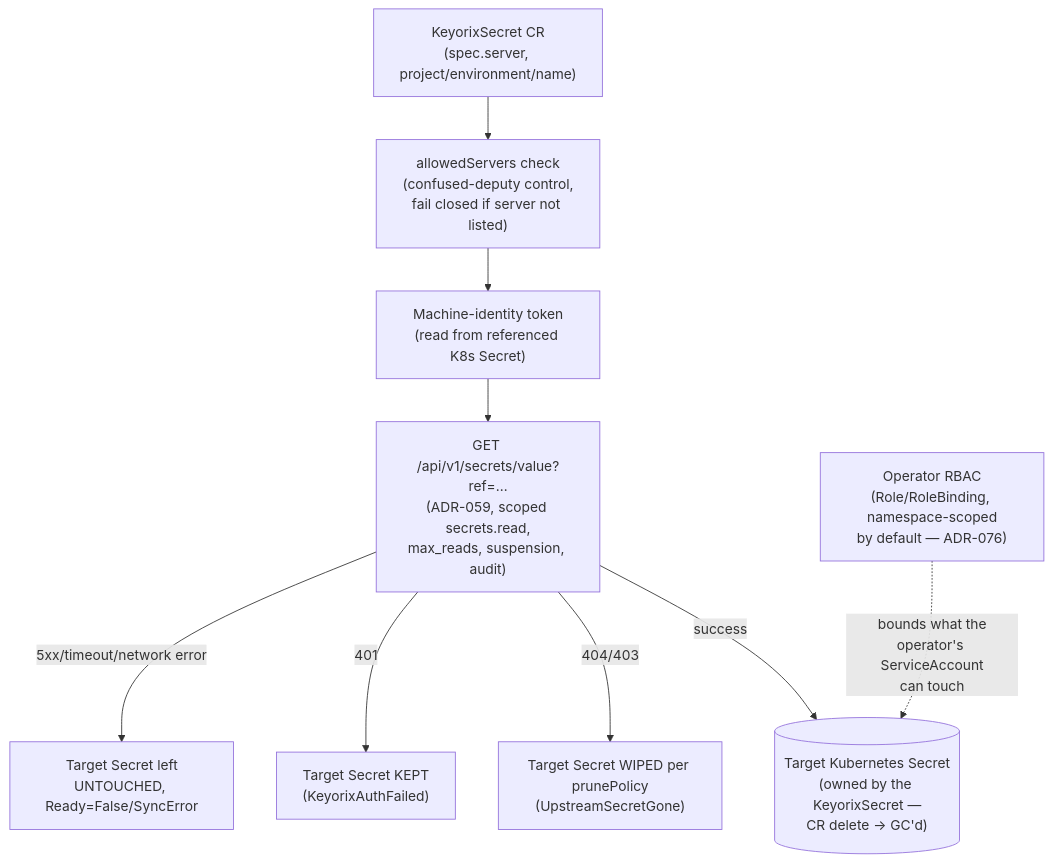
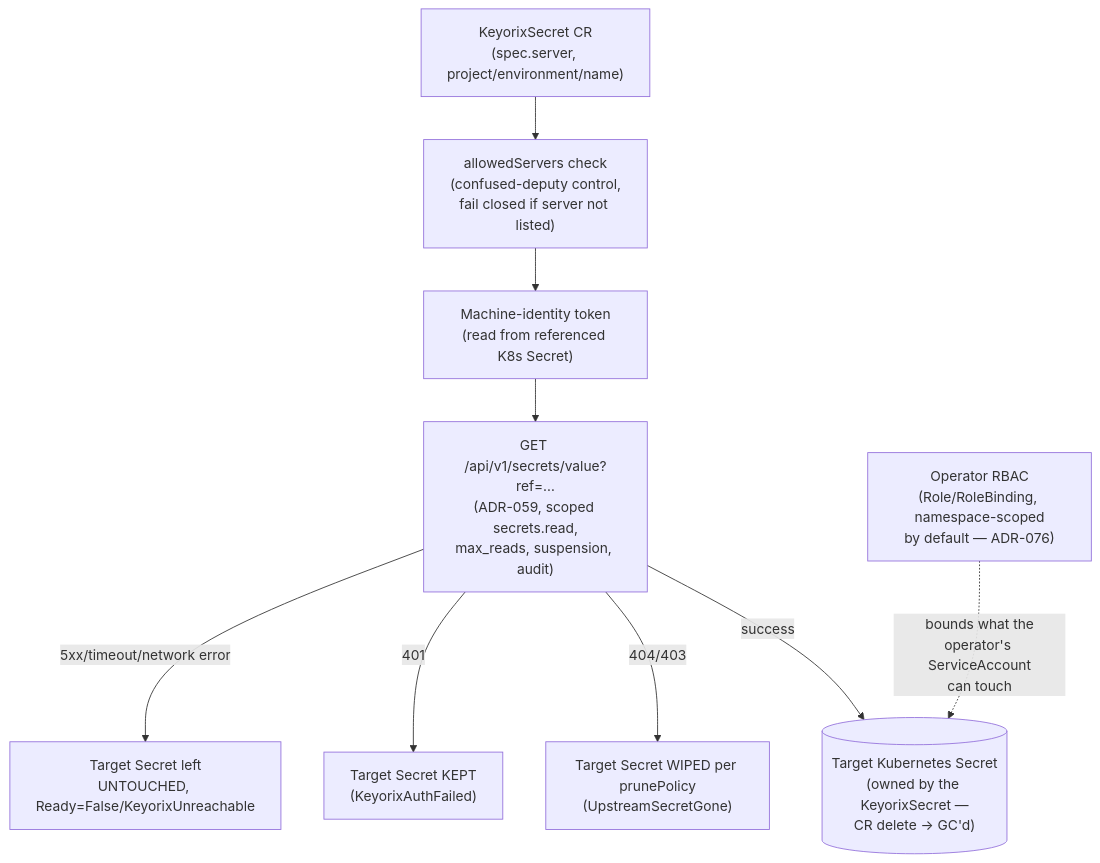
The diagram in docs/security/threat-models/kubernetes-operator.md (keyorixhq/keyorix), drawn with Mermaid before and after one commit. The commit also changed other lines of this file and 13 other files, not shown here.

First line of the commit message:
fix(operator): Event + metric + condition reason for unreachable/timeout/5xx fetch errors (REVIEW-3175B point 1)

````diff
--- a/docs/security/threat-models/kubernetes-operator.md
+++ b/docs/security/threat-models/kubernetes-operator.md
@@ -19,16 +19,16 @@
 ```mermaid
 flowchart TB
     CR["KeyorixSecret CR\n(spec.server, project/environment/name)"]
     ALLOWLIST["allowedServers check\n(confused-deputy control,\nfail closed if server not listed)"]
     TOKEN["Machine-identity token\n(read from referenced K8s Secret)"]
     API["GET /api/v1/secrets/value?ref=…\n(ADR-059, scoped secrets.read,\nmax_reads, suspension, audit)"]
     K8SSECRET[("Target Kubernetes Secret\n(owned by the KeyorixSecret —\nCR delete → GC'd)")]
     RBAC["Operator RBAC\n(Role/RoleBinding, namespace-scoped\nby default — ADR-076)"]
 
     CR --> ALLOWLIST --> TOKEN --> API
     API -->|success| K8SSECRET
     API -->|404/403| WIPE["Target Secret WIPED per prunePolicy\n(UpstreamSecretGone)"]
     API -->|401| KEEP401["Target Secret KEPT\n(KeyorixAuthFailed)"]
-    API -->|5xx/timeout/network error| UNTOUCHED["Target Secret left\nUNTOUCHED, Ready=False/SyncError"]
+    API -->|5xx/timeout/network error| UNTOUCHED["Target Secret left\nUNTOUCHED, Ready=False/KeyorixUnreachable"]
     RBAC -. bounds what the\noperator's ServiceAccount\ncan touch .-> K8SSECRET
 ```
````
